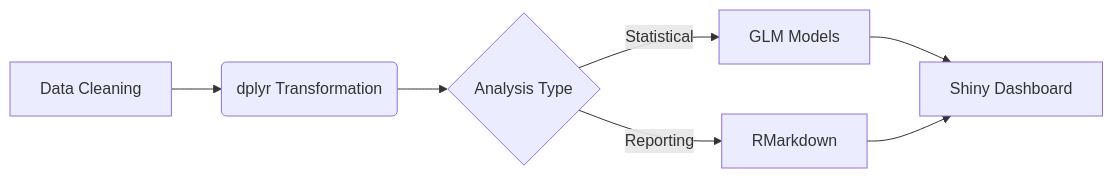
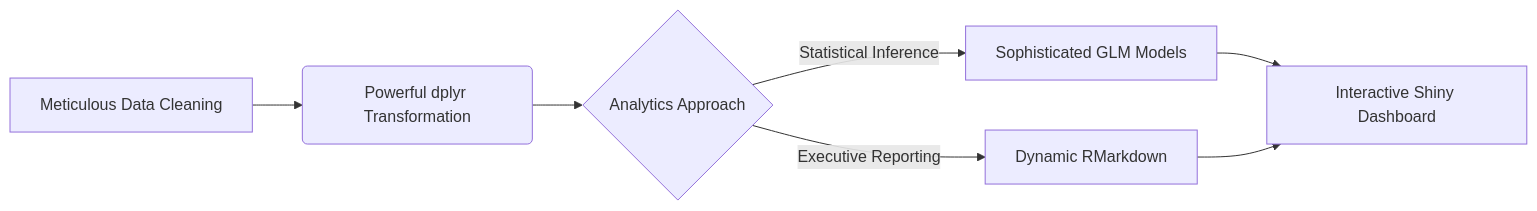
The second of 2 diagrams in README.md (joaquimtimoteo/joaquimtimoteo), drawn with Mermaid before and after one commit. The commit also changed other lines of this file, not shown here.

````diff
--- a/README.md
+++ b/README.md
@@ -47,9 +46,9 @@
 ```mermaid
 graph LR
-A[Data Cleaning] --> B(dplyr Transformation)
-B --> C{Analysis Type}
-C -->|Statistical| D[GLM Models]
-C -->|Reporting| E[RMarkdown]
-D --> F[Shiny Dashboard]
+A[Meticulous Data Cleaning] --> B(Powerful dplyr Transformation)
+B --> C{Analytics Approach}
+C -->|Statistical Inference| D[Sophisticated GLM Models]
+C -->|Executive Reporting| E[Dynamic RMarkdown]
+D --> F[Interactive Shiny Dashboard]
 E --> F
 ```
````
